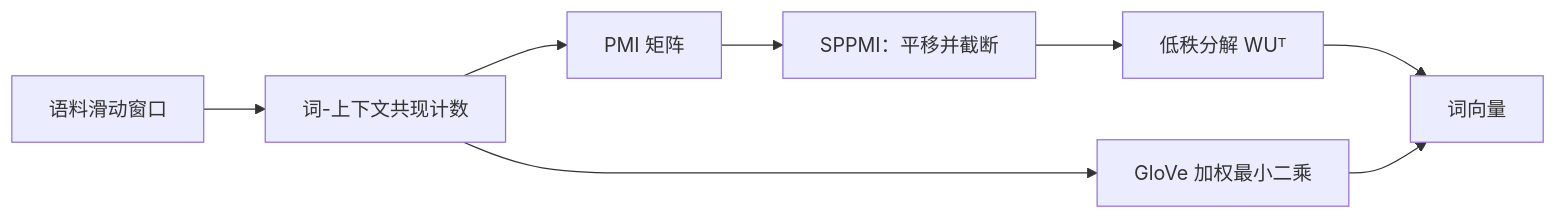
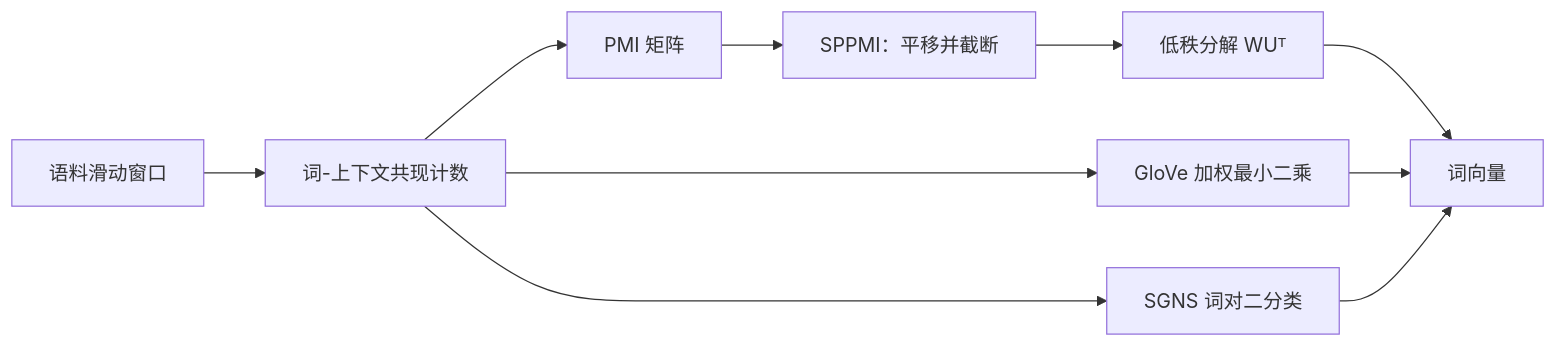
One commit to zhangqian-silk/computer-science changed the diagram in ai/representation/embedding-matrix-factorization.md. Above: the diagram before and after it, drawn with Mermaid. The commit also changed other lines of this file and 130 other files, not shown here.

````diff
--- a/ai/representation/embedding-matrix-factorization.md
+++ b/ai/representation/embedding-matrix-factorization.md
@@ -13,10 +13,12 @@
 ```mermaid
 flowchart LR
 	C["语料滑动窗口"] --> M["词-上下文共现计数"]
 	M --> P["PMI 矩阵"]
 	P --> S["SPPMI：平移并截断"]
 	S --> F["低秩分解 WUᵀ"]
 	F --> V["词向量"]
 	M --> G["GloVe 加权最小二乘"]
 	G --> V
+	M --> N["SGNS 词对二分类"]
+	N --> V
 ```
````
